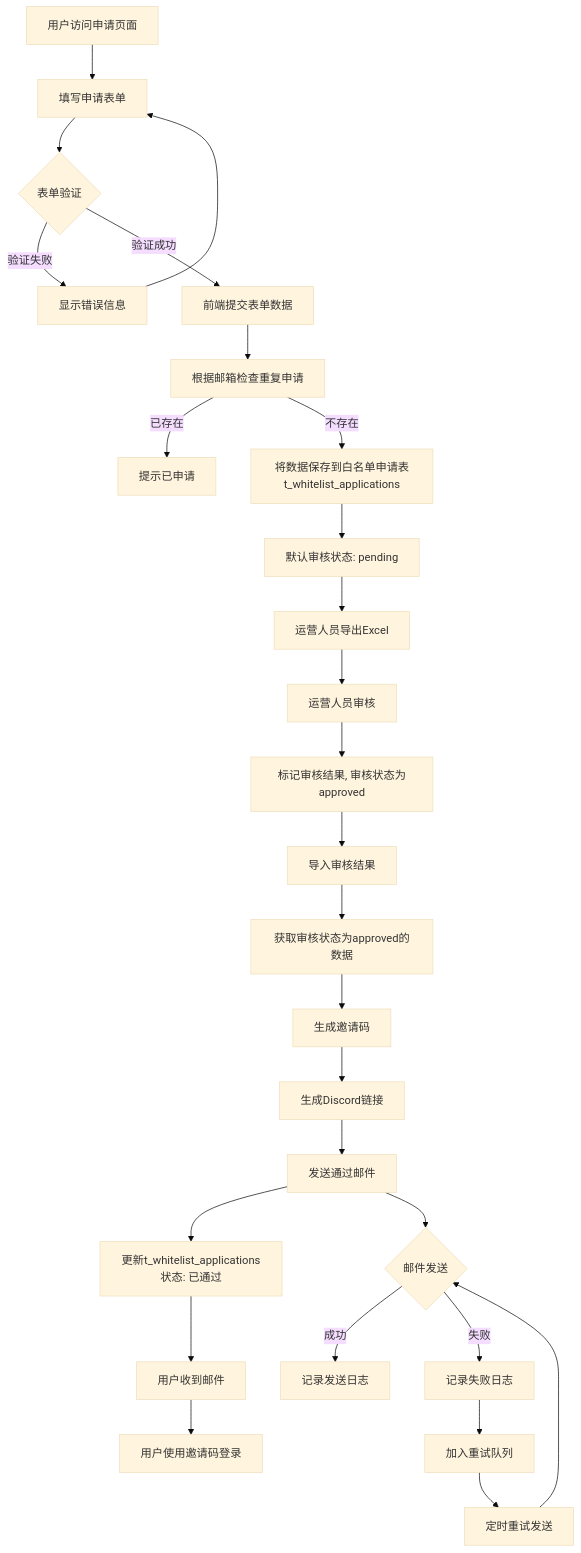
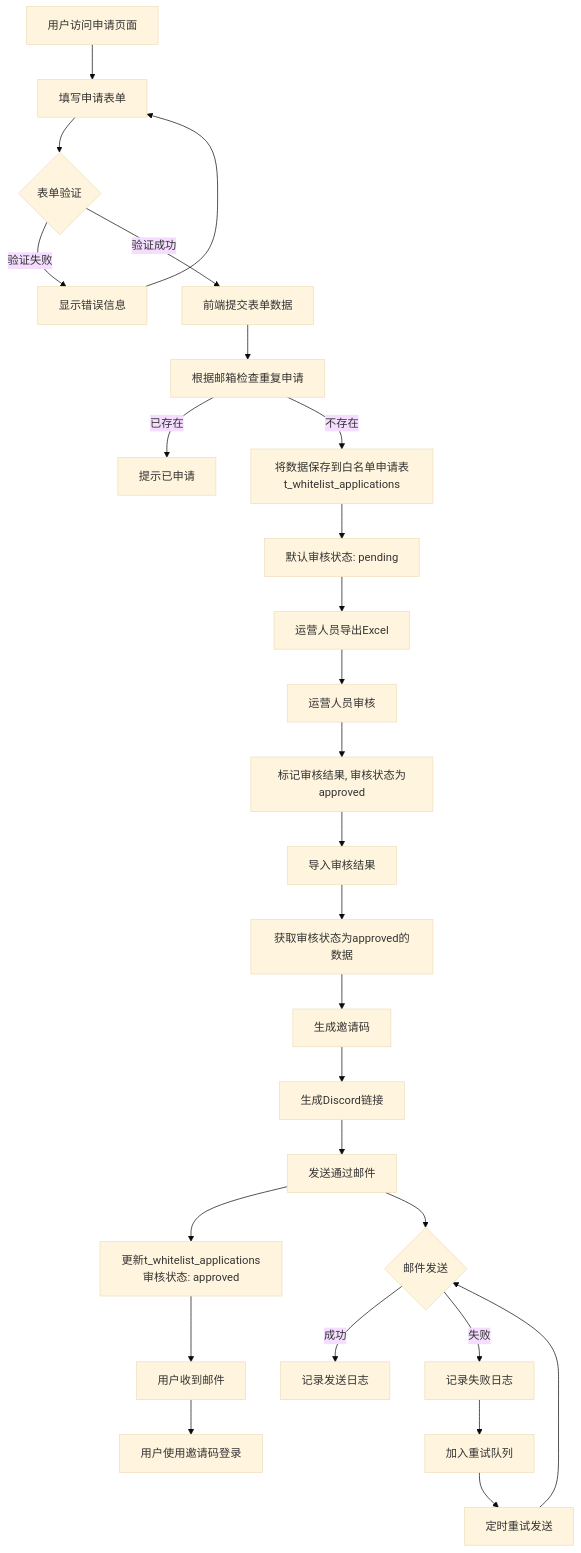
Before and after one commit to yingjianzh/iodraw-files: the diagram in all/未命名-69.md, drawn with Mermaid (base theme).

Commit message:
2025-07-03 10:32:50 update

````diff
--- a/all/未命名-69.md
+++ b/all/未命名-69.md
@@ -1,32 +1,32 @@
 ```mermaid
 flowchart TD
     A[用户访问申请页面] --> B[填写申请表单]
     B --> C{表单验证}
     C -->|验证失败| D[显示错误信息]
     D --> B
     C -->|验证成功| E[前端提交表单数据]
     E -->E1[根据邮箱检查重复申请]
     E1 -->|已存在| F[提示已申请]
     E1 -->|不存在| G[将数据保存到白名单申请表t_whitelist_applications]
     G --> H[默认审核状态: pending]
     
     H --> I[运营人员导出Excel]
     I --> J[运营人员审核]
     J --> K[标记审核结果, 审核状态为approved]
     K --> L[导入审核结果]
     L --> M[获取审核状态为approved的数据]
     M --> N[生成邀请码]
     N --> O[生成Discord链接]
     O --> P[发送通过邮件]
-    P --> Q[更新t_whitelist_applications状态: 已通过]
+    P --> Q[更新t_whitelist_applications审核状态: approved]
     
     P --> T{邮件发送}
     T -->|成功| U[记录发送日志]
     T -->|失败| V[记录失败日志]
     V --> W[加入重试队列]
     W --> X[定时重试发送]
     X --> T
     
     Q --> Y[用户收到邮件]
     Y --> Z[用户使用邀请码登录]
 ```
````
